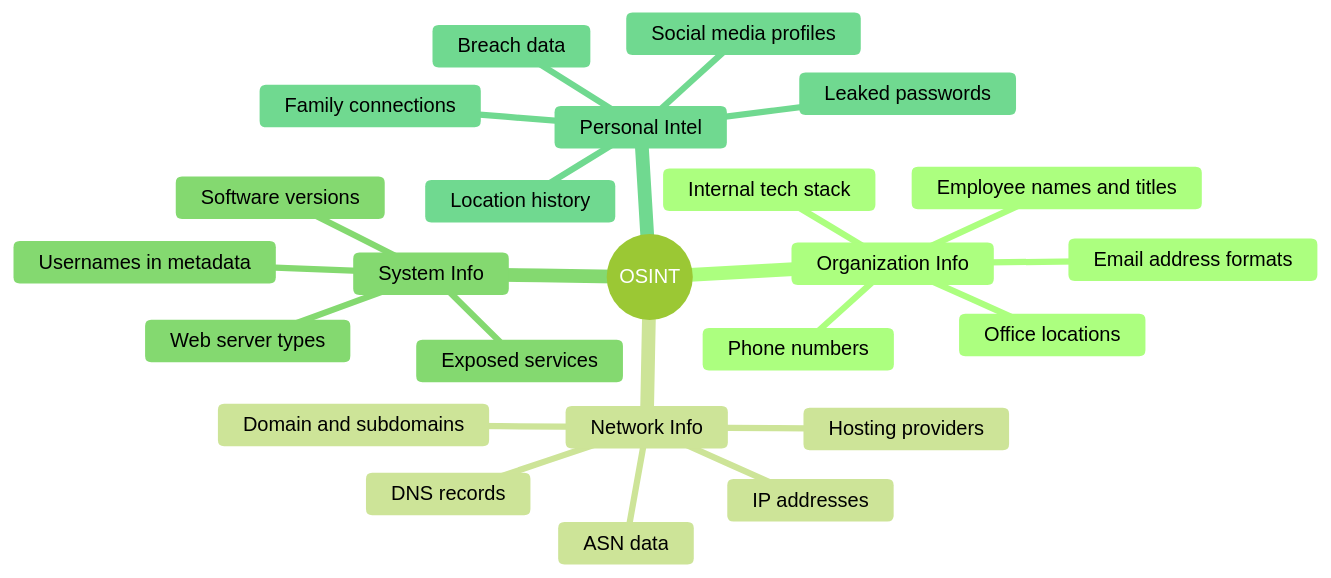
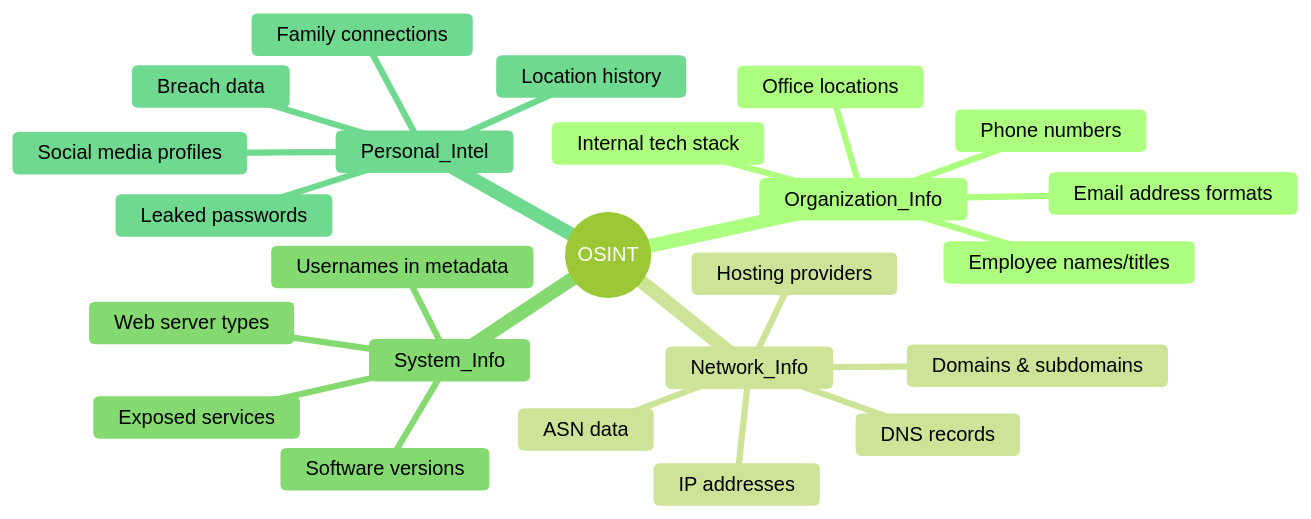
One commit to SagarBiswas-MultiHAT/OSINT-Handbook changed the first of 3 diagrams in readme.md. Above: the diagram before and after it, drawn with Mermaid (forest theme). The commit also changed other lines of this file, not shown here.

Commit message:
refactor: Update mermaid code

````diff
--- a/readme.md
+++ b/readme.md
@@ -165,27 +165,31 @@
 ```mermaid
 mindmap
   root((OSINT))
-    Organization Info
-      Employee names and titles
+    Organization_Info
+      ::icon(fa fa-building)
+      Employee names/titles
       Email address formats
       Phone numbers
       Office locations
       Internal tech stack
-    Network Info
+    Network_Info
+      ::icon(fa fa-globe)
       IP addresses
-      Domain and subdomains
+      Domains & subdomains
       Hosting providers
       DNS records
       ASN data
-    System Info
+    System_Info
+      ::icon(fa fa-server)
       Web server types
       Software versions
       Usernames in metadata
       Exposed services
-    Personal Intel
+    Personal_Intel
+      ::icon(fa fa-user)
       Social media profiles
       Family connections
       Location history
       Leaked passwords
       Breach data
 ```
````
